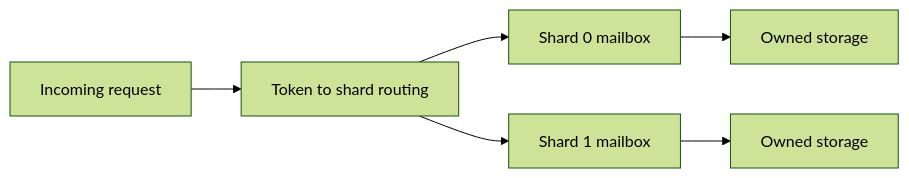
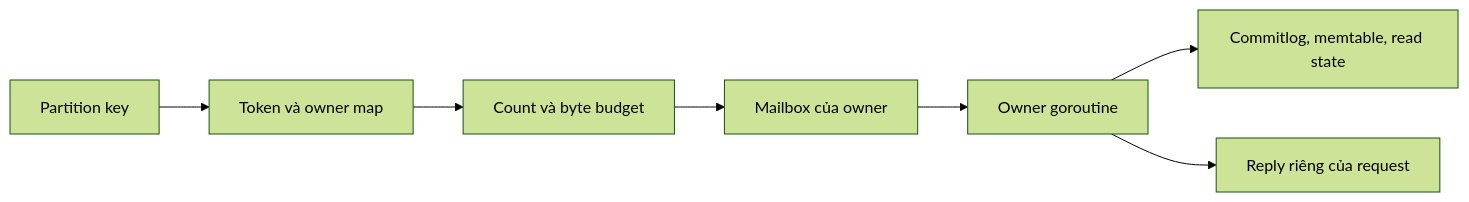
The diagram in scylla/reimplement/feature/05-shard-ownership-and-async-scheduling.md (flynn3103/engineer-lab), drawn with Mermaid (forest theme) before and after one commit. The commit also changed other lines of this file and 26 other files, not shown here.

````diff
--- a/scylla/reimplement/feature/05-shard-ownership-and-async-scheduling.md
+++ b/scylla/reimplement/feature/05-shard-ownership-and-async-scheduling.md
@@ -16,8 +28,9 @@
 ```mermaid
 flowchart LR
-    Q[Incoming request] --> R[Token to shard routing]
-    R --> S0[Shard 0 mailbox]
-    R --> S1[Shard 1 mailbox]
-    S0 --> D0[Owned storage]
-    S1 --> D1[Owned storage]
+    K[Partition key] --> R[Token và owner map]
+    R --> B[Count và byte budget]
+    B --> Q[Mailbox của owner]
+    Q --> O[Owner goroutine]
+    O --> S[Commitlog, memtable, read state]
+    O --> A[Reply riêng của request]
 ```
````
